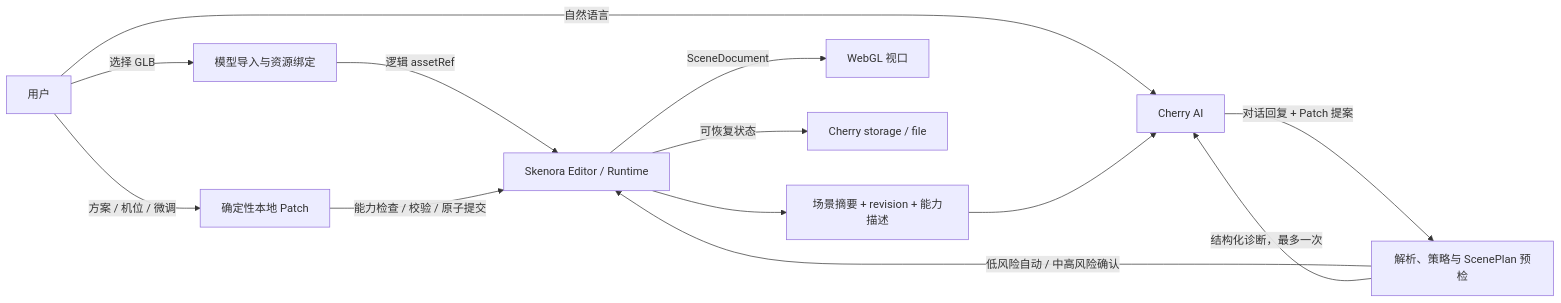
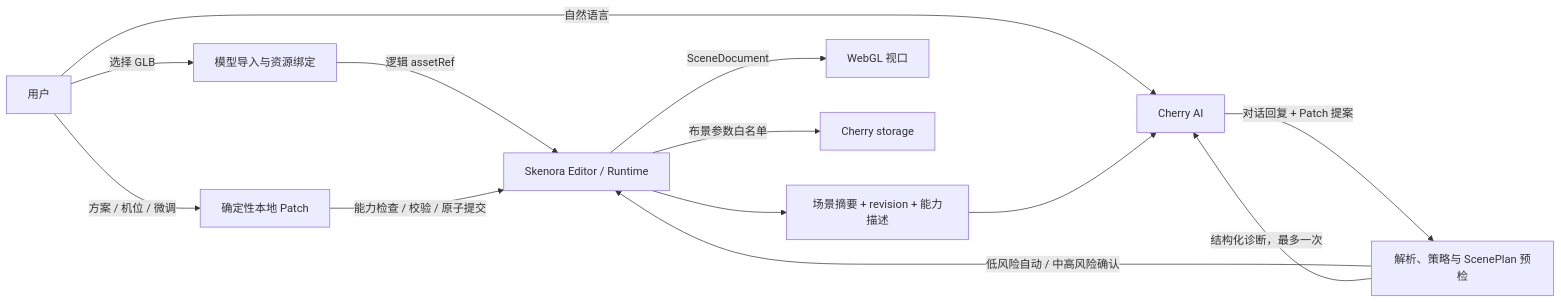
Before and after one commit to zhangjiadi225/cherry-studio-miniapp: the diagram in apps/model-stage/docs/development-plan.md, drawn with Mermaid. The commit also changed other lines of this file and 16 other files, not shown here.

````diff
--- a/apps/model-stage/docs/development-plan.md
+++ b/apps/model-stage/docs/development-plan.md
@@ -97,15 +97,15 @@
 ```mermaid
 flowchart LR
   U[用户] -->|选择 GLB| I[模型导入与资源绑定]
   I -->|逻辑 assetRef| S[Skenora Editor / Runtime]
   U -->|方案 / 机位 / 微调| L[确定性本地 Patch]
   L -->|能力检查 / 校验 / 原子提交| S
   U -->|自然语言| A[Cherry AI]
   C[场景摘要 + revision + 能力描述] --> A
   A -->|对话回复 + Patch 提案| P[解析、策略与 ScenePlan 预检]
   P -->|低风险自动 / 中高风险确认| S
   P -->|结构化诊断，最多一次| A
   S -->|SceneDocument| V[WebGL 视口]
   S --> C
-  S -->|可恢复状态| T[Cherry storage / file]
+  S -->|布景参数白名单| T[Cherry storage]
 ```
````
